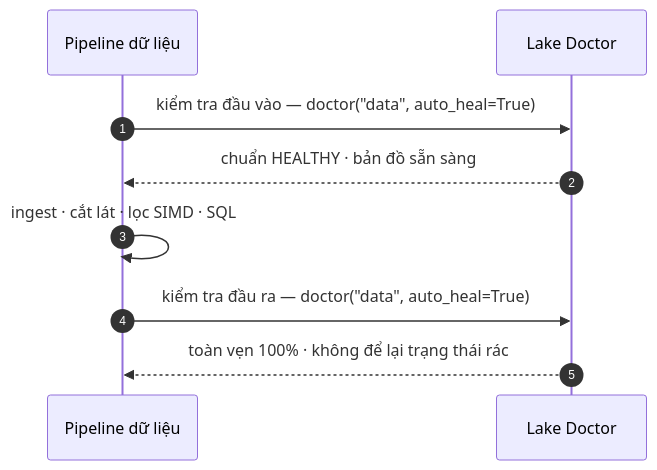
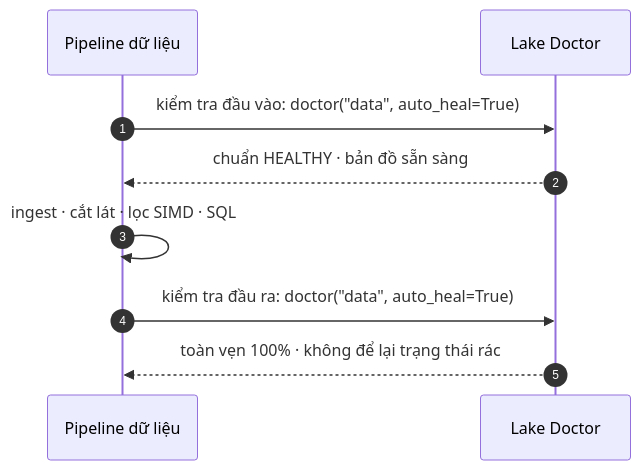
The diagram in docs/vi/workflows/lake-doctor.md (VanDung-dev/basaltic-red), drawn with Mermaid before and after one commit. The commit also changed 39 other files, not shown here.

````diff
--- a/docs/vi/workflows/lake-doctor.md
+++ b/docs/vi/workflows/lake-doctor.md
@@ -13,12 +13,12 @@
 ```mermaid
 sequenceDiagram
     autonumber
     participant P as Pipeline dữ liệu
     participant D as Lake Doctor
 
-    P->>D: kiểm tra đầu vào — doctor("data", auto_heal=True)
+    P->>D: kiểm tra đầu vào: doctor("data", auto_heal=True)
     D-->>P: chuẩn HEALTHY · bản đồ sẵn sàng
     P->>P: ingest · cắt lát · lọc SIMD · SQL
-    P->>D: kiểm tra đầu ra — doctor("data", auto_heal=True)
+    P->>D: kiểm tra đầu ra: doctor("data", auto_heal=True)
     D-->>P: toàn vẹn 100% · không để lại trạng thái rác
 ```
````
